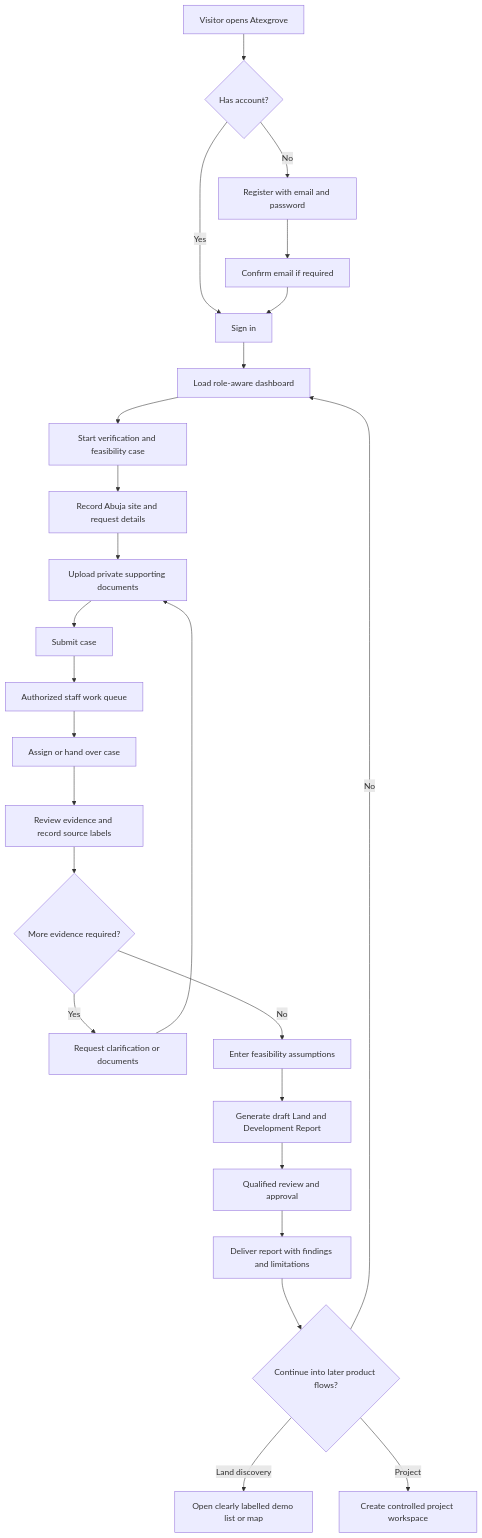
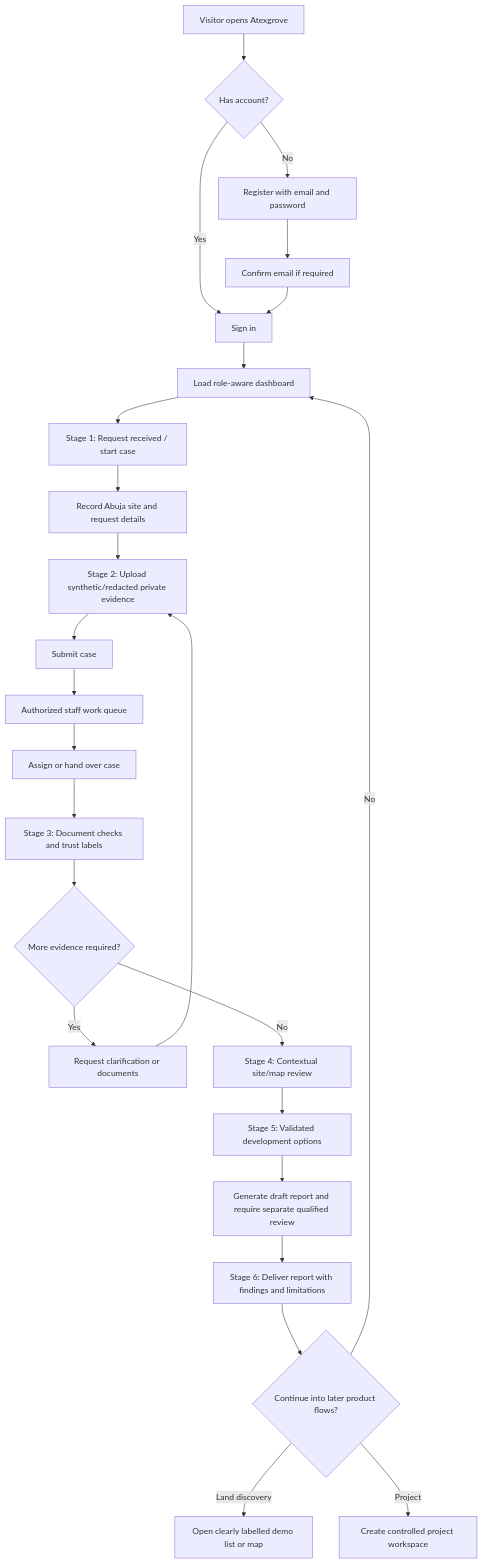
One commit to bakareolamilekan365-tech/APEXGROVE changed the first of 2 diagrams in docs/18-PROTOTYPE-FLOW-AND-DELIVERY-MAP.md. Above: the diagram before and after it, drawn with Mermaid. The commit also changed other lines of this file and 13 other files, not shown here.

First line of the commit message:
docs: align architecture with verification-first pilot (#11)

````diff
--- a/docs/18-PROTOTYPE-FLOW-AND-DELIVERY-MAP.md
+++ b/docs/18-PROTOTYPE-FLOW-AND-DELIVERY-MAP.md
@@ -13,27 +13,27 @@
 ```mermaid
 flowchart TD
     A[Visitor opens Atexgrove] --> B{Has account?}
     B -->|No| C[Register with email and password]
     B -->|Yes| D[Sign in]
     C --> E[Confirm email if required]
     E --> D
     D --> F[Load role-aware dashboard]
-    F --> G[Start verification and feasibility case]
+    F --> G[Stage 1: Request received / start case]
     G --> H[Record Abuja site and request details]
-    H --> I[Upload private supporting documents]
+    H --> I[Stage 2: Upload synthetic/redacted private evidence]
     I --> J[Submit case]
     J --> K[Authorized staff work queue]
     K --> L[Assign or hand over case]
-    L --> M[Review evidence and record source labels]
+    L --> M[Stage 3: Document checks and trust labels]
     M --> N{More evidence required?}
     N -->|Yes| O[Request clarification or documents]
     O --> I
-    N -->|No| P[Enter feasibility assumptions]
-    P --> Q[Generate draft Land and Development Report]
-    Q --> R[Qualified review and approval]
-    R --> S[Deliver report with findings and limitations]
+    N -->|No| P[Stage 4: Contextual site/map review]
+    P --> Q[Stage 5: Validated development options]
+    Q --> R[Generate draft report and require separate qualified review]
+    R --> S[Stage 6: Deliver report with findings and limitations]
     S --> T{Continue into later product flows?}
     T -->|Land discovery| U[Open clearly labelled demo list or map]
     T -->|Project| V[Create controlled project workspace]
     T -->|No| F
 ```
````
